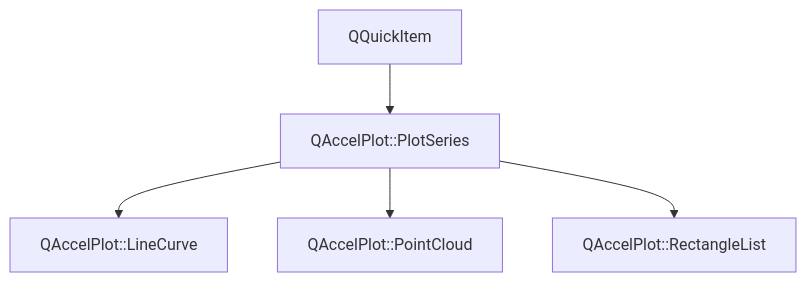
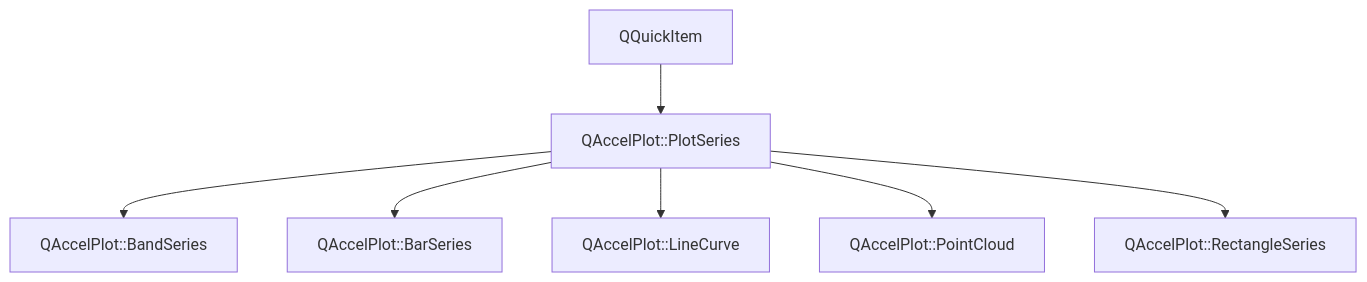
One commit to michalgrabarczyk/QAccelPlot changed the diagram in latest/assets/.doxy/QAccelPlot/api/classQAccelPlot_1_1PlotSeries.md. Above: the diagram before and after it, drawn with Mermaid. The commit also changed other lines of this file and 2920 other files, not shown here.

````diff
--- a/latest/assets/.doxy/QAccelPlot/api/classQAccelPlot_1_1PlotSeries.md
+++ b/latest/assets/.doxy/QAccelPlot/api/classQAccelPlot_1_1PlotSeries.md
@@ -32,20 +32,28 @@
 ```mermaid
 flowchart TB
   classQAccelPlot_1_1PlotSeries["QAccelPlot::PlotSeries"]
 
   external_base_classQAccelPlot_1_1PlotSeries_1["QQuickItem"]
   external_base_classQAccelPlot_1_1PlotSeries_1 --> classQAccelPlot_1_1PlotSeries
+
+  classQAccelPlot_1_1BandSeries["QAccelPlot::BandSeries"]
+  classQAccelPlot_1_1PlotSeries --> classQAccelPlot_1_1BandSeries
+  click classQAccelPlot_1_1BandSeries "../classQAccelPlot_1_1BandSeries/" "Open QAccelPlot::BandSeries"
+
+  classQAccelPlot_1_1BarSeries["QAccelPlot::BarSeries"]
+  classQAccelPlot_1_1PlotSeries --> classQAccelPlot_1_1BarSeries
+  click classQAccelPlot_1_1BarSeries "../classQAccelPlot_1_1BarSeries/" "Open QAccelPlot::BarSeries"
 
   classQAccelPlot_1_1LineCurve["QAccelPlot::LineCurve"]
   classQAccelPlot_1_1PlotSeries --> classQAccelPlot_1_1LineCurve
   click classQAccelPlot_1_1LineCurve "../classQAccelPlot_1_1LineCurve/" "Open QAccelPlot::LineCurve"
 
   classQAccelPlot_1_1PointCloud["QAccelPlot::PointCloud"]
   classQAccelPlot_1_1PlotSeries --> classQAccelPlot_1_1PointCloud
   click classQAccelPlot_1_1PointCloud "../classQAccelPlot_1_1PointCloud/" "Open QAccelPlot::PointCloud"
 
-  classQAccelPlot_1_1RectangleList["QAccelPlot::RectangleList"]
-  classQAccelPlot_1_1PlotSeries --> classQAccelPlot_1_1RectangleList
-  click classQAccelPlot_1_1RectangleList "../classQAccelPlot_1_1RectangleList/" "Open QAccelPlot::RectangleList"
+  classQAccelPlot_1_1RectangleSeries["QAccelPlot::RectangleSeries"]
+  classQAccelPlot_1_1PlotSeries --> classQAccelPlot_1_1RectangleSeries
+  click classQAccelPlot_1_1RectangleSeries "../classQAccelPlot_1_1RectangleSeries/" "Open QAccelPlot::RectangleSeries"
 
 ```
````
